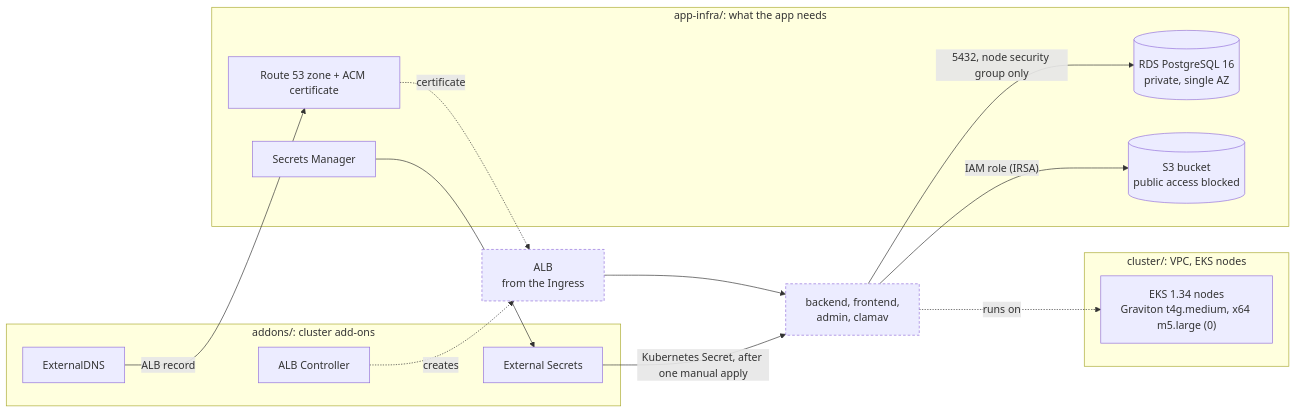
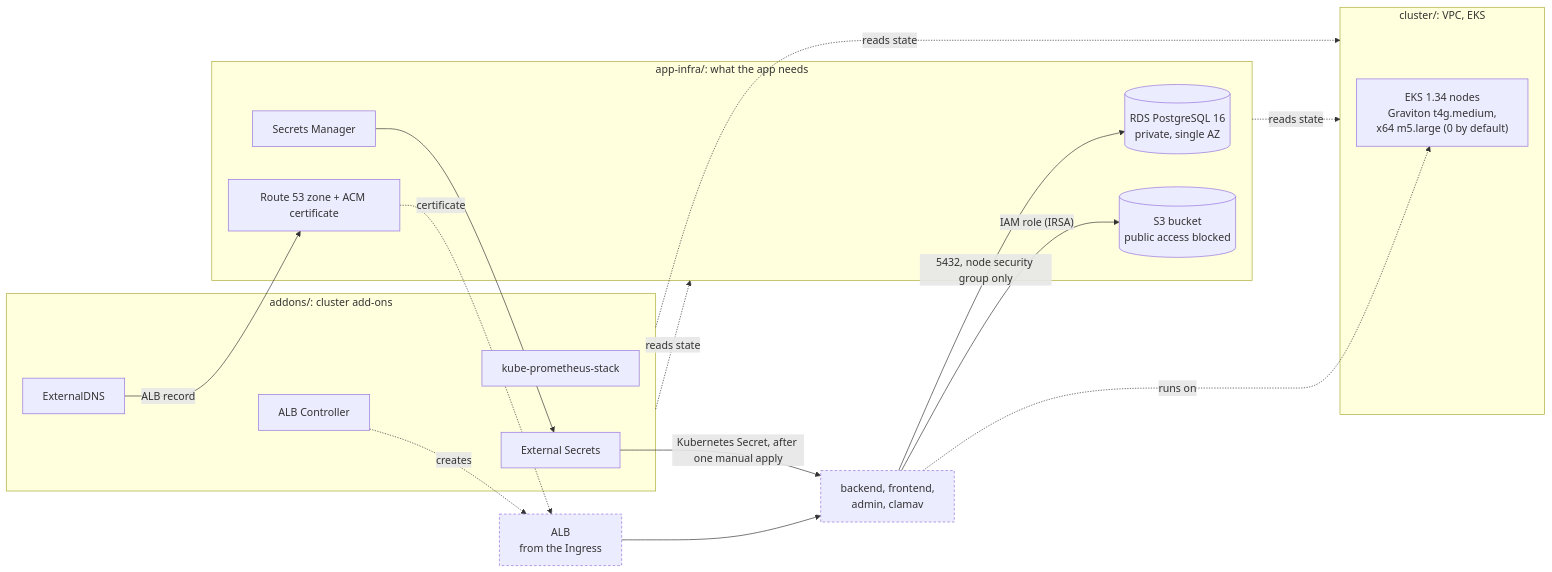
The fourth of 4 diagrams in README.md (Bluecode77732/Upload-Board-Project), drawn with Mermaid before and after one commit. The commit also changed other lines of this file and 3 other files, not shown here.

````diff
--- a/README.md
+++ b/README.md
@@ -214,28 +213,32 @@
 ```mermaid
 flowchart LR
-  subgraph C["cluster/: VPC, EKS nodes"]
-    NODES["EKS 1.34 nodes<br/>Graviton t4g.medium, x64 m5.large (0)"]
+  subgraph C["cluster/: VPC, EKS"]
+    NODES["EKS 1.34 nodes<br/>Graviton t4g.medium,<br/>x64 m5.large (0 by default)"]
   end
   subgraph A["app-infra/: what the app needs"]
     RDS[("RDS PostgreSQL 16<br/>private, single AZ")]
     S3[("S3 bucket<br/>public access blocked")]
     SM["Secrets Manager"]
     DNS["Route 53 zone + ACM certificate"]
   end
   subgraph D["addons/: cluster add-ons"]
     LBC["ALB Controller"]
     ESO["External Secrets"]
     EDNS["ExternalDNS"]
+    PROM["kube-prometheus-stack"]
   end
+  A -. "reads state" .-> C
+  D -. "reads state" .-> C
+  D -. "reads state" .-> A
   ALB["ALB<br/>from the Ingress"]:::rt
   APP["backend, frontend,<br/>admin, clamav"]:::rt
   LBC -. "creates" .-> ALB
   ALB --> APP
   APP -. "runs on" .-> NODES
   APP -- "5432, node security group only" --> RDS
   APP -- "IAM role (IRSA)" --> S3
   SM --> ESO -- "Kubernetes Secret, after one manual apply" --> APP
   EDNS -- "ALB record" --> DNS
   DNS -. "certificate" .-> ALB
   classDef rt stroke-dasharray:4 3
 ```
````
